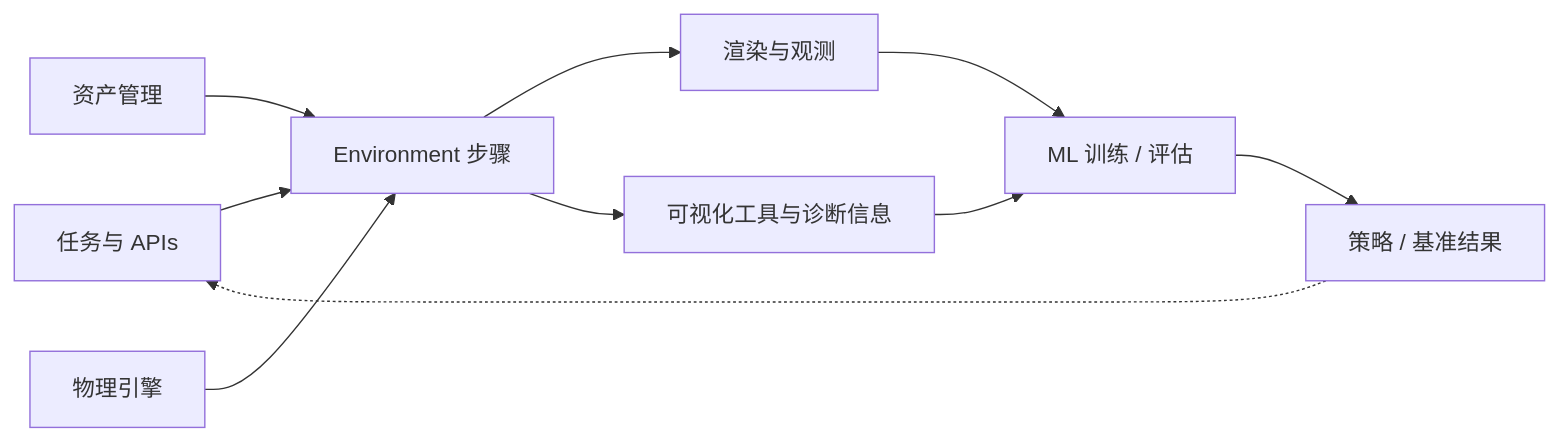
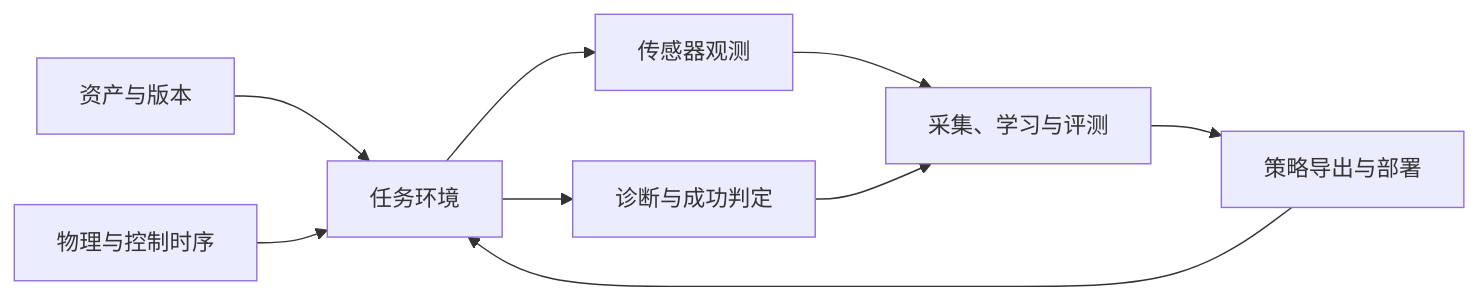
The diagram in wiki/concepts/RoboticsSimulationInfrastructure.md (niuverse/llm-wiki), drawn with Mermaid before and after one commit. The commit also changed other lines of this file and 222 other files, not shown here.

````diff
--- a/wiki/concepts/RoboticsSimulationInfrastructure.md
+++ b/wiki/concepts/RoboticsSimulationInfrastructure.md
@@ -31,12 +24,11 @@
 ```mermaid
 flowchart LR
-  T["任务与 APIs"] --> E["Environment 步骤"]
-  A["资产管理"] --> E
-  P["物理引擎"] --> E
-  E --> R["渲染与观测"]
-  E --> V["可视化工具与诊断信息"]
-  R --> M["ML 训练 / 评估"]
+  A["资产与版本"] --> E["任务环境"]
+  P["物理与控制时序"] --> E
+  E --> R["传感器观测"]
+  E --> V["诊断与成功判定"]
+  R --> M["采集、学习与评测"]
   V --> M
-  M --> PI["策略 / 基准结果"]
-  PI -.-> T
+  M --> D["策略导出与部署"]
+  D --> E
 ```
````
